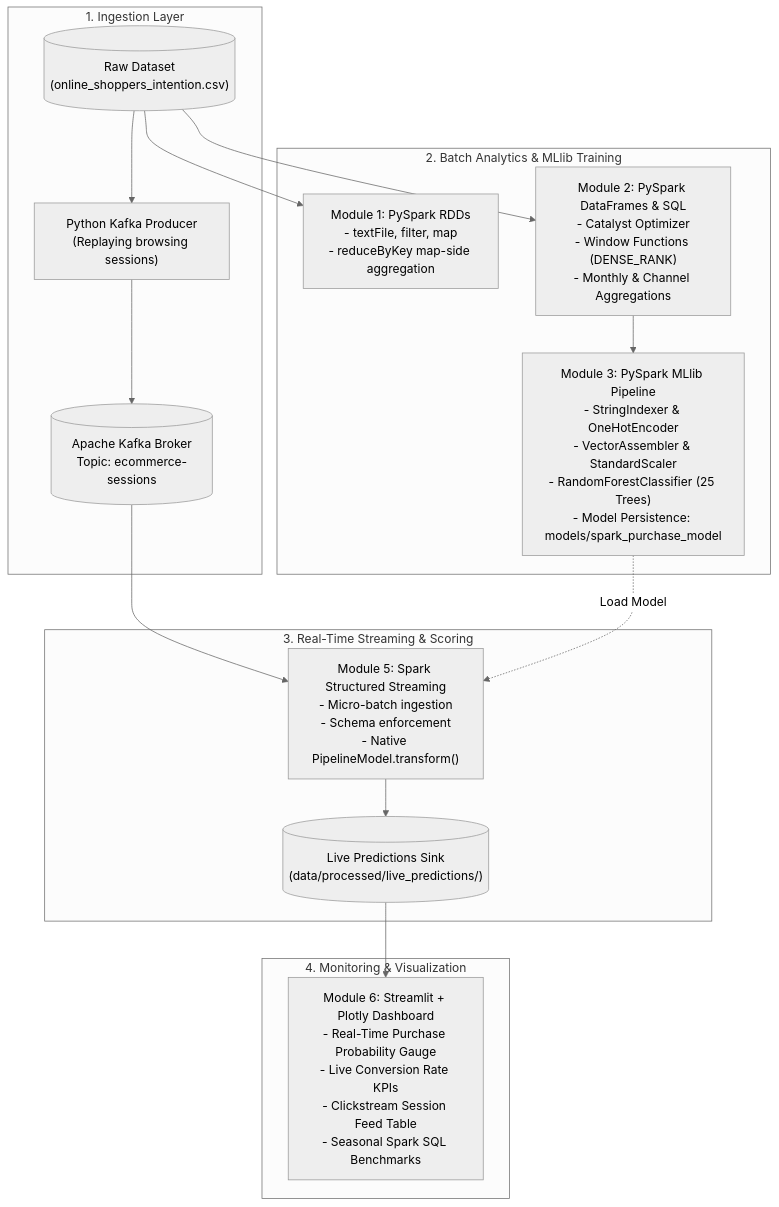
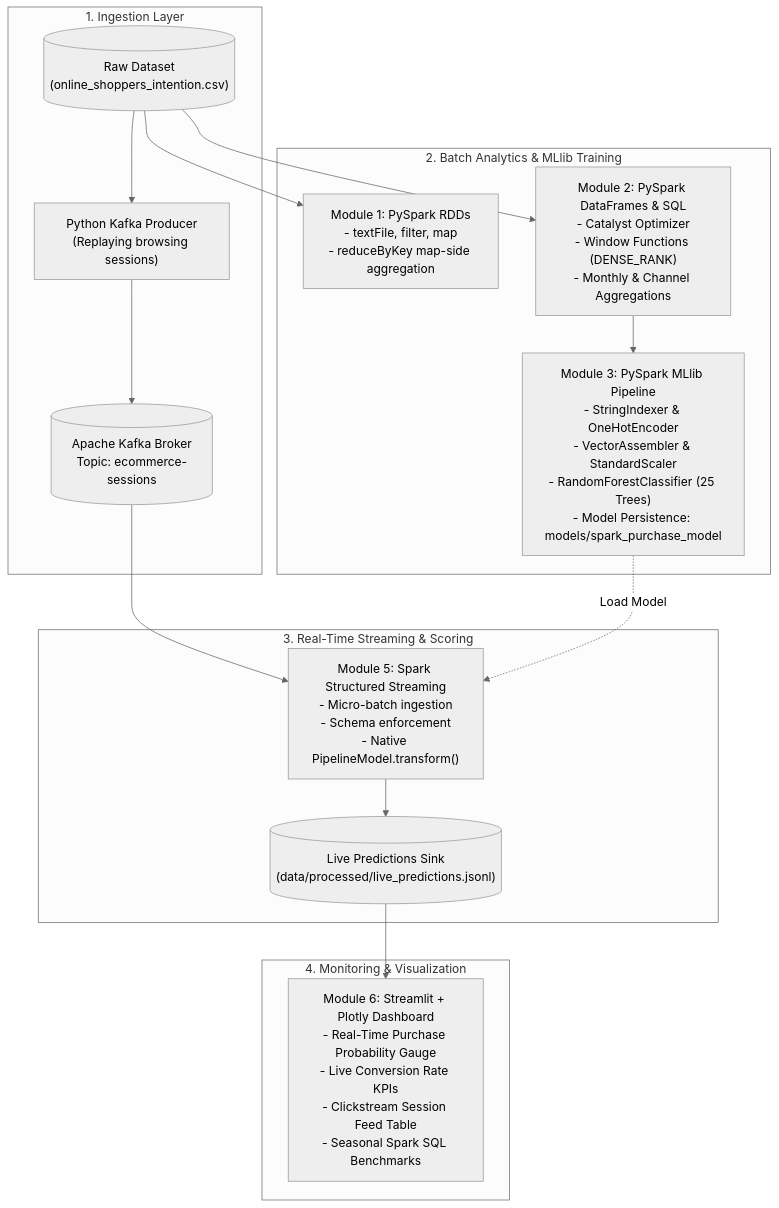
One commit to vivekkrs/Real-Time-E-Commerce-Analytics-Customer-Purchase-Prediction-Platform changed the diagram in docs/project_report.md. Above: the diagram before and after it, drawn with Mermaid (neutral theme). The commit also changed other lines of this file and 14 other files, not shown here.

````diff
--- a/docs/project_report.md
+++ b/docs/project_report.md
@@ -16,26 +16,26 @@
 ```mermaid
 flowchart TD
     subgraph Ingestion_Layer ["1. Ingestion Layer"]
         CSV[("Raw Dataset\n(online_shoppers_intention.csv)")]
         Producer["Python Kafka Producer\n(Replaying browsing sessions)"]
         Kafka[("Apache Kafka Broker\nTopic: ecommerce-sessions")]
         CSV --> Producer
         Producer --> Kafka
     end
 
     subgraph Batch_Layer ["2. Batch Analytics & MLlib Training"]
         CSV --> RDD["Module 1: PySpark RDDs\n- textFile, filter, map\n- reduceByKey map-side aggregation"]
         CSV --> DF["Module 2: PySpark DataFrames & SQL\n- Catalyst Optimizer\n- Window Functions (DENSE_RANK)\n- Monthly & Channel Aggregations"]
         DF --> MLlib["Module 3: PySpark MLlib Pipeline\n- StringIndexer & OneHotEncoder\n- VectorAssembler & StandardScaler\n- RandomForestClassifier (25 Trees)\n- Model Persistence: models/spark_purchase_model"]
     end
 
     subgraph Streaming_Layer ["3. Real-Time Streaming & Scoring"]
         Kafka --> SparkStream["Module 5: Spark Structured Streaming\n- Micro-batch ingestion\n- Schema enforcement\n- Native PipelineModel.transform()"]
         MLlib -.->|Load Model| SparkStream
-        SparkStream --> ScoredSink[("Live Predictions Sink\n(data/processed/live_predictions/)")]
+        SparkStream --> ScoredSink[("Live Predictions Sink\n(data/processed/live_predictions.jsonl)")]
     end
 
     subgraph Presentation_Layer ["4. Monitoring & Visualization"]
         ScoredSink --> Dashboard["Module 6: Streamlit + Plotly Dashboard\n- Real-Time Purchase Probability Gauge\n- Live Conversion Rate KPIs\n- Clickstream Session Feed Table\n- Seasonal Spark SQL Benchmarks"]
     end
 ```
````
